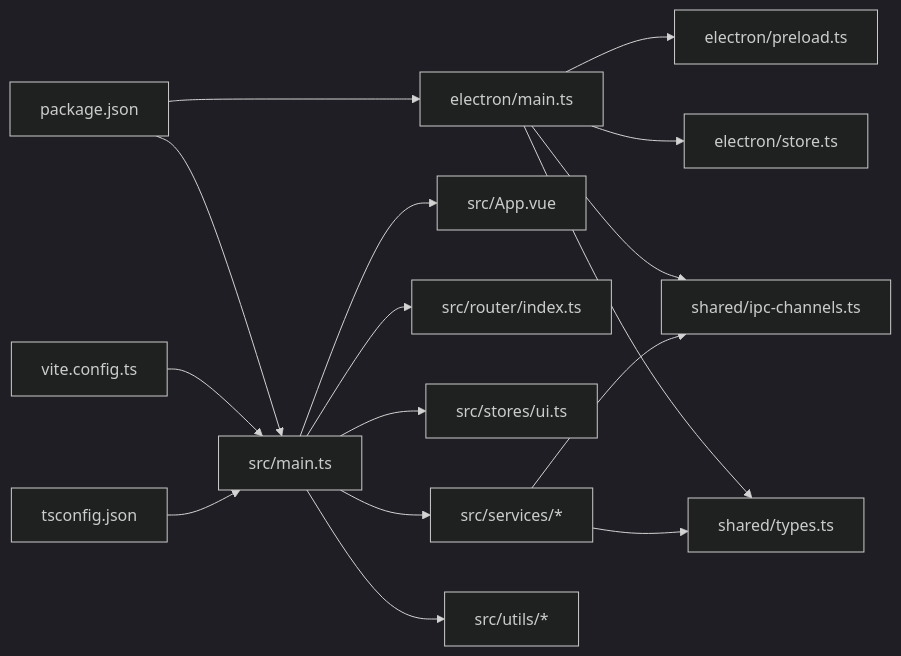
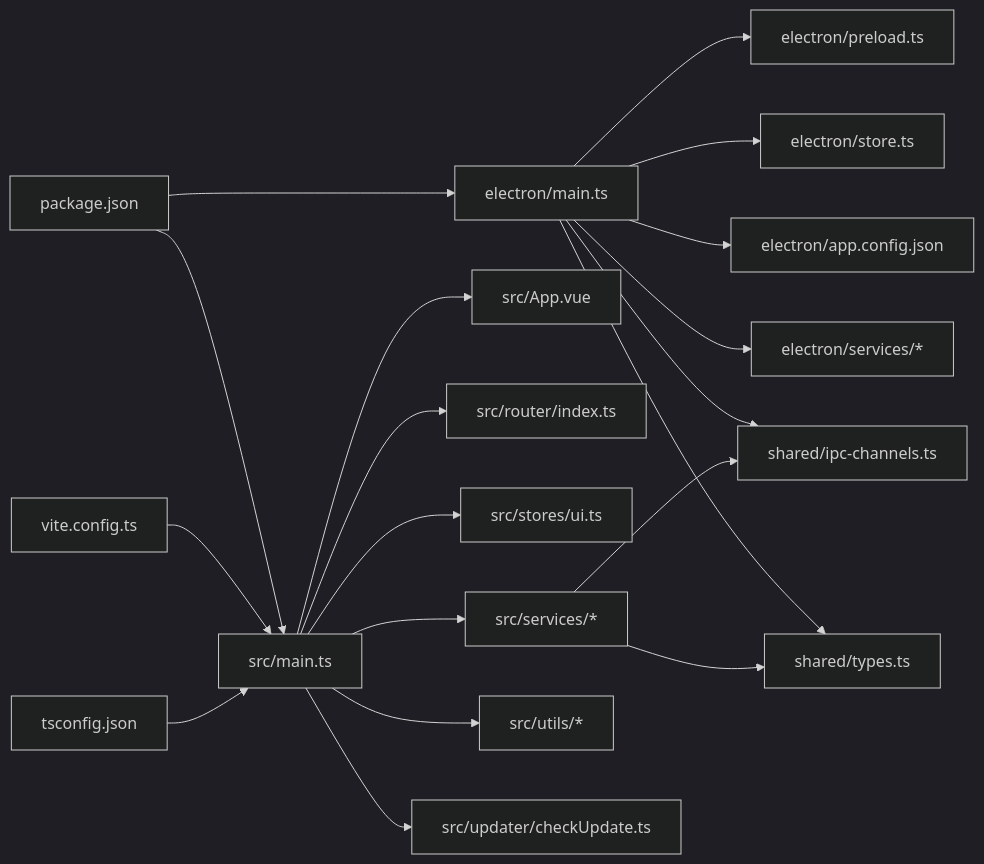
Before and after one commit to Siborne/OJFlow: the sixth of 6 diagrams in .qoder/repowiki/zh/content/架构设计/架构设计.md, drawn with Mermaid (dark theme). The commit also changed other lines of this file and 12 other files, not shown here.

````diff
--- a/.qoder/repowiki/zh/content/架构设计/架构设计.md
+++ b/.qoder/repowiki/zh/content/架构设计/架构设计.md
@@ -364,32 +430,38 @@
 ```mermaid
 graph LR
 P["package.json"]
 Vite["vite.config.ts"]
 TS["tsconfig.json"]
 EMain["electron/main.ts"]
 EPre["electron/preload.ts"]
 EStore["electron/store.ts"]
+EConfig["electron/app.config.json"]
+EServ["electron/services/*"]
 SIPC["shared/ipc-channels.ts"]
 STypes["shared/types.ts"]
 RMain["src/main.ts"]
 RApp["src/App.vue"]
 RRouter["src/router/index.ts"]
 RStores["src/stores/ui.ts"]
 RServ["src/services/*"]
 RUtils["src/utils/*"]
+RUpdater["src/updater/checkUpdate.ts"]
 P --> EMain
 P --> RMain
 Vite --> RMain
 TS --> RMain
 EMain --> EPre
 EMain --> EStore
+EMain --> EConfig
+EMain --> EServ
 EMain --> SIPC
 EMain --> STypes
 RMain --> RApp
 RMain --> RRouter
 RMain --> RStores
 RMain --> RServ
 RMain --> RUtils
+RMain --> RUpdater
 RServ --> SIPC
 RServ --> STypes
 ```
````
